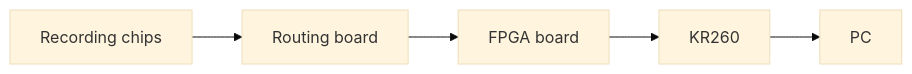
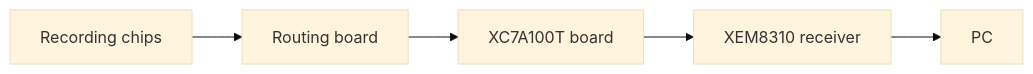
One commit to HowardWHSrun/FPGA_4K changed the diagram in hardware/overview.md. Above: the diagram before and after it, drawn with Mermaid (base theme). The commit also changed other lines of this file and 35 other files, not shown here.

````diff
--- a/hardware/overview.md
+++ b/hardware/overview.md
@@ -17,7 +17,7 @@
 ```mermaid
 flowchart LR
     A[Recording chips] --> B[Routing board]
-    B --> C[FPGA board]
-    C --> D[KR260]
+    B --> C[XC7A100T board]
+    C --> D[XEM8310 receiver]
     D --> E[PC]
 ```
````
